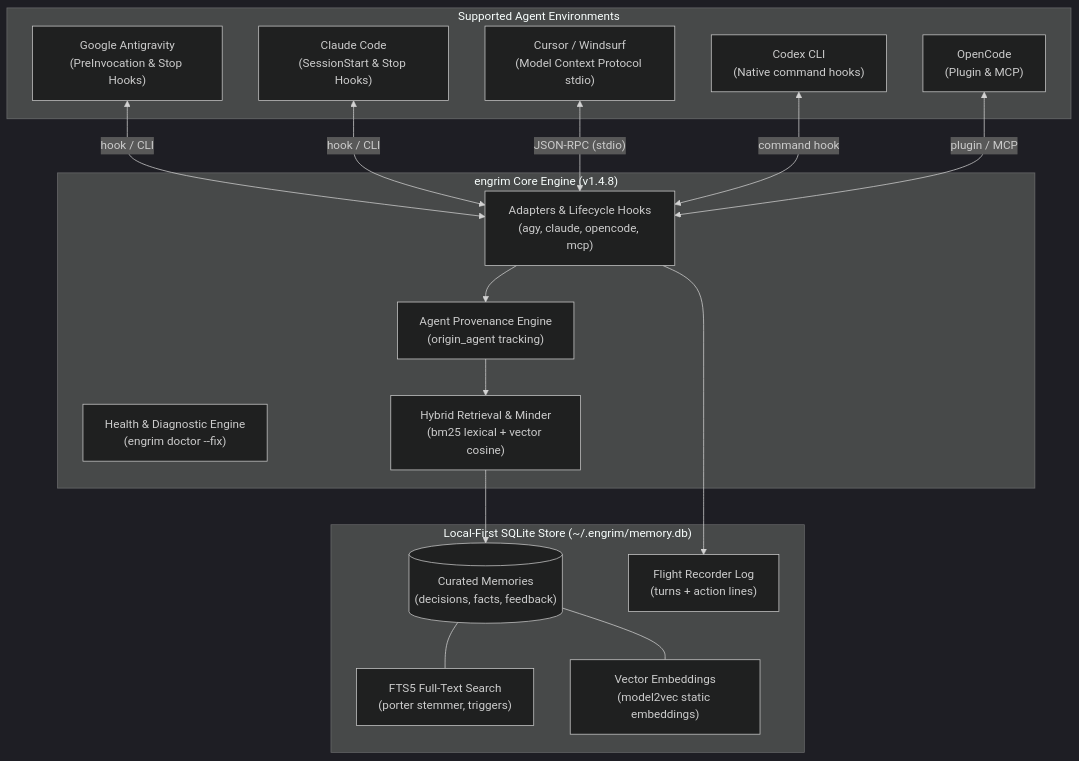
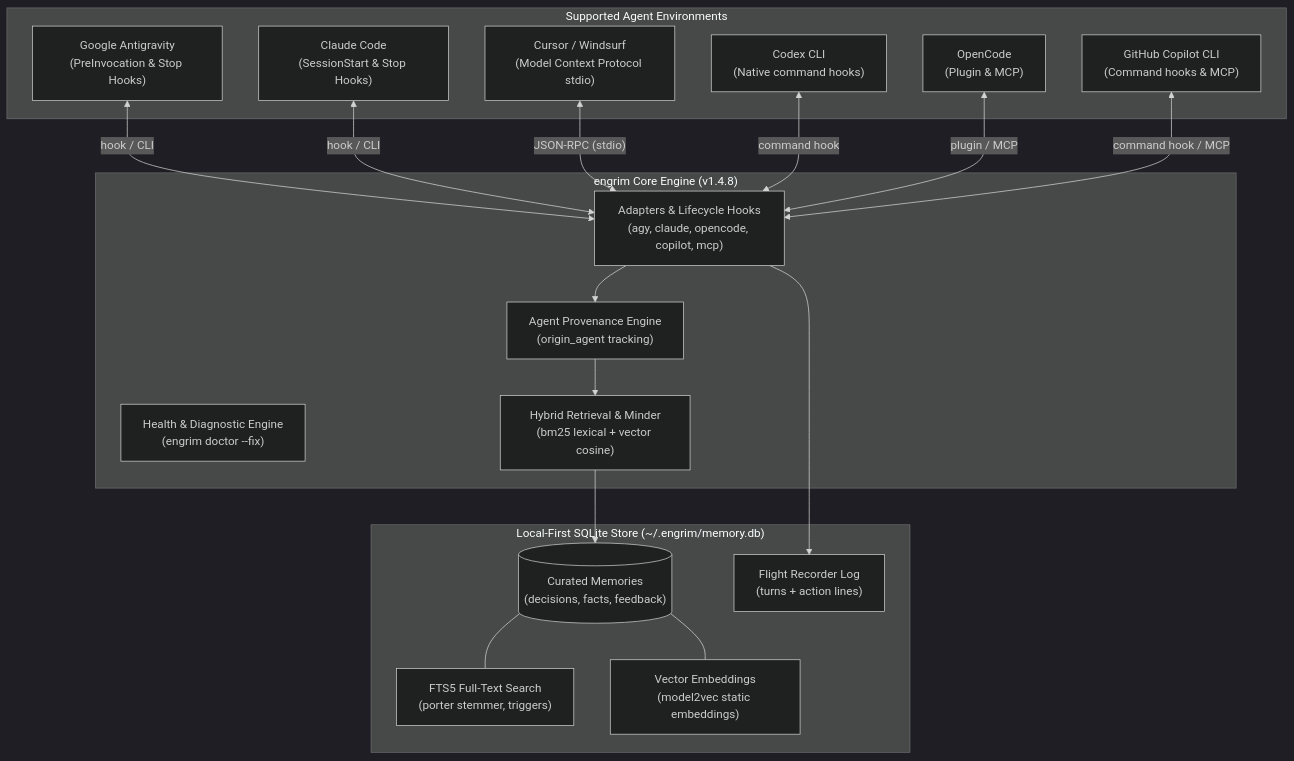
Before and after one commit to HinchK/engrim: the diagram in README.md, drawn with Mermaid (dark theme). The commit also changed other lines of this file and 11 other files, not shown here.

Commit message:
feat(copilot): GitHub Copilot CLI support: command hooks, MCP, statusline, and setup --copilot (#21)

````diff
--- a/README.md
+++ b/README.md
@@ -39,36 +39,38 @@
 ```mermaid
 graph TD
     subgraph Agents ["Supported Agent Environments"]
         AGY["Google Antigravity<br/>(PreInvocation & Stop Hooks)"]
         CLAUDE["Claude Code<br/>(SessionStart & Stop Hooks)"]
         CURSOR["Cursor / Windsurf<br/>(Model Context Protocol stdio)"]
         CODEX["Codex CLI<br/>(Native command hooks)"]
         OPENCODE["OpenCode<br/>(Plugin & MCP)"]
+        COPILOT["GitHub Copilot CLI<br/>(Command hooks & MCP)"]
     end
 
     subgraph CoreEngine ["engrim Core Engine (v1.4.8)"]
-        ADAPTERS["Adapters & Lifecycle Hooks<br/>(agy, claude, opencode, mcp)"]
+        ADAPTERS["Adapters & Lifecycle Hooks<br/>(agy, claude, opencode, copilot, mcp)"]
         DOCTOR["Health & Diagnostic Engine<br/>(engrim doctor --fix)"]
         PROVENANCE["Agent Provenance Engine<br/>(origin_agent tracking)"]
         ROUTER["Hybrid Retrieval & Minder<br/>(bm25 lexical + vector cosine)"]
     end
 
     subgraph Storage ["Local-First SQLite Store (~/.engrim/memory.db)"]
         MEMORIES[("Curated Memories<br/>(decisions, facts, feedback)")]
         FTS5["FTS5 Full-Text Search<br/>(porter stemmer, triggers)"]
         VEC["Vector Embeddings<br/>(model2vec static embeddings)"]
         LOG["Flight Recorder Log<br/>(turns + action lines)"]
     end
 
     AGY <-->|"hook / CLI"| ADAPTERS
     CLAUDE <-->|"hook / CLI"| ADAPTERS
     CURSOR <-->|"JSON-RPC (stdio)"| ADAPTERS
     CODEX <-->|"command hook"| ADAPTERS
     OPENCODE <-->|"plugin / MCP"| ADAPTERS
+    COPILOT <-->|"command hook / MCP"| ADAPTERS
     ADAPTERS --> PROVENANCE
     PROVENANCE --> ROUTER
     ROUTER --> MEMORIES
     MEMORIES --- FTS5
     MEMORIES --- VEC
     ADAPTERS --> LOG
 ```
````
